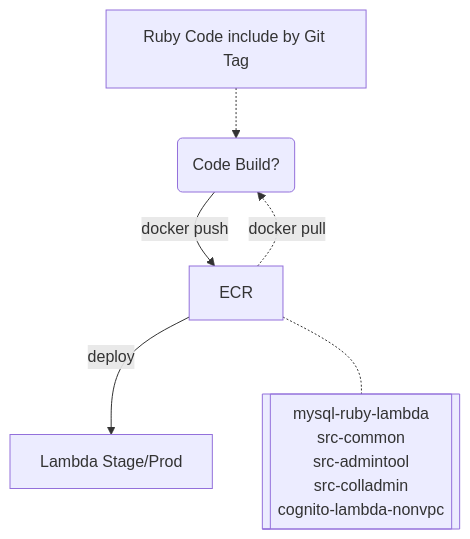
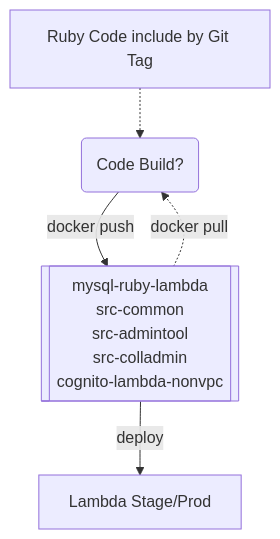
Before and after one commit to CDLUC3/mrt-doc: the ninth of 13 diagrams in design/aws-build/README.md, drawn with Mermaid.

````diff
--- a/design/aws-build/README.md
+++ b/design/aws-build/README.md
@@ -226,18 +226,17 @@
 ```mermaid
 graph TD
   Build(Code Build?)
   Build --> |docker push| ECR
   ECR --> |deploy| Lambda
   ECR -.-> |docker pull| Build
   Lambda[Lambda Stage/Prod]
   Gems[Ruby Code include by Git Tag]
   Gems -.-> Build
-  ECR -.- Images
-  Images[["`
+  ECR[["`
     mysql-ruby-lambda
     src-common
     src-admintool
     src-colladmin
     cognito-lambda-nonvpc
   `"]]
 ```
````
